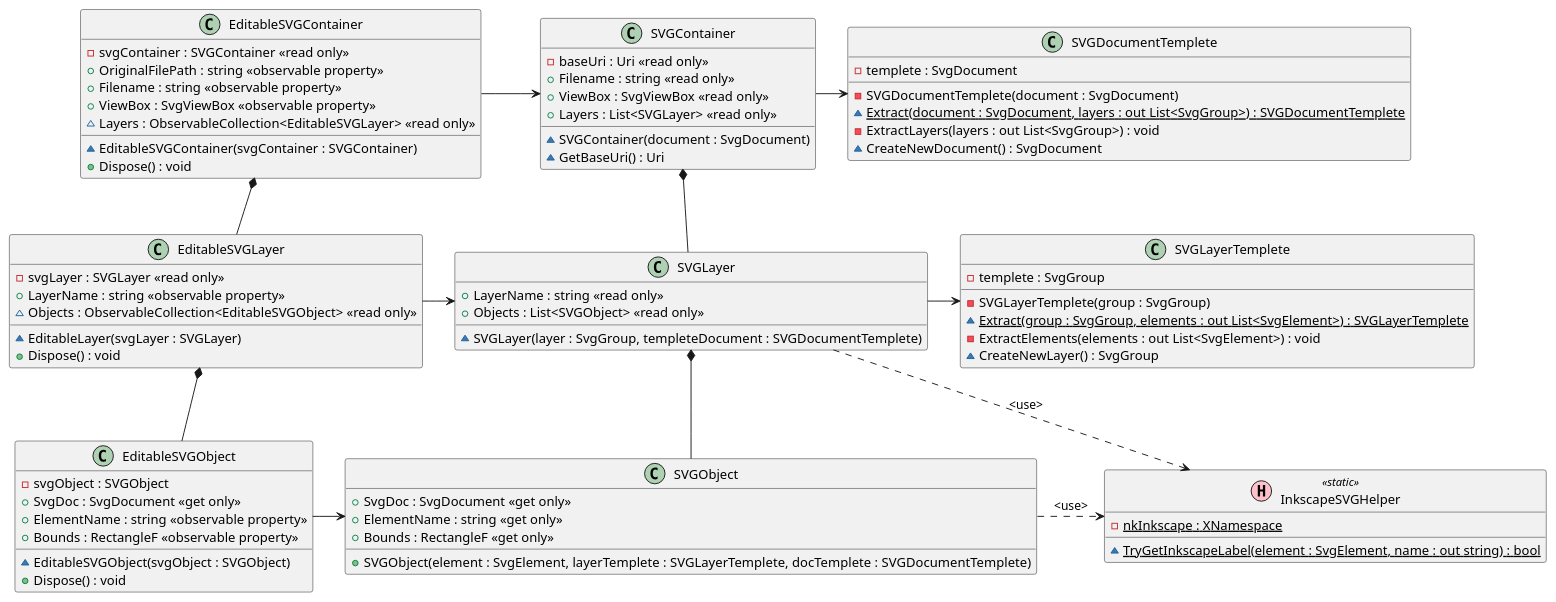
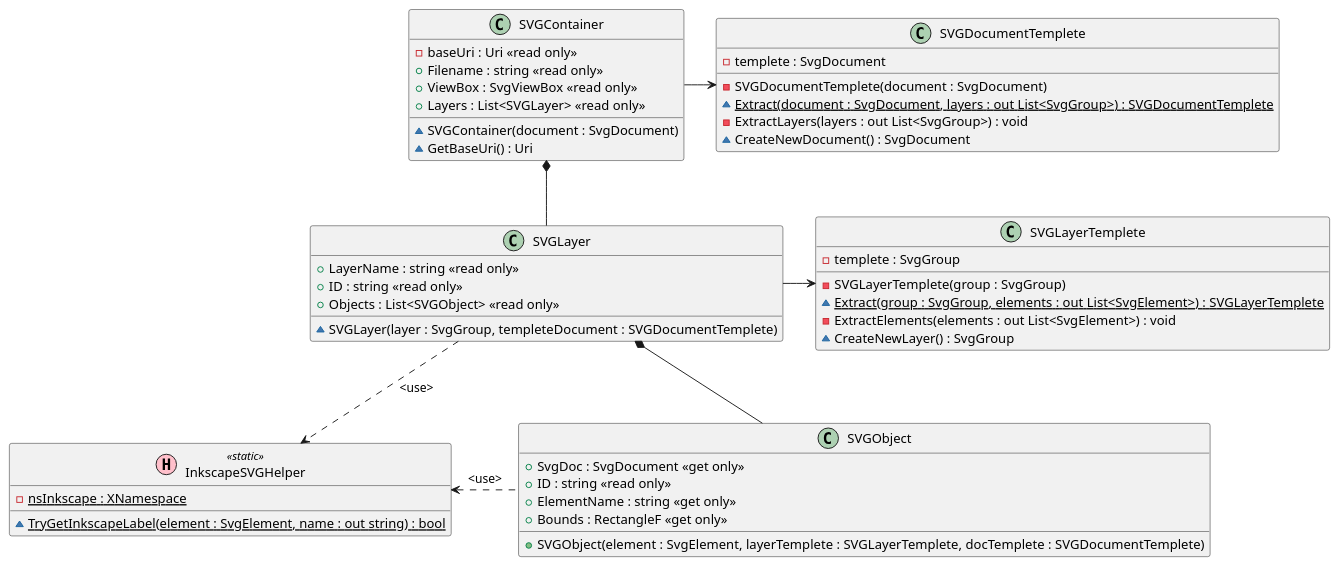
One commit to tatsuya19871219/SVGObjectsDecomposer changed the second of 4 diagrams in uml/SVGObjectsDecomposer.puml. Above: the diagram before and after it, drawn with PlantUML. The commit also changed 6 other files, not shown here.

```diff
--- a/uml/SVGObjectsDecomposer.puml
+++ b/uml/SVGObjectsDecomposer.puml
@@ -75,108 +75,66 @@
-@startuml Models
-
-class EditableSVGContainer
-{
-    - svgContainer : SVGContainer <<read only>>
-    + OriginalFilePath : string <<observable property>>
-    + Filename : string <<observable property>>
-    + ViewBox : SvgViewBox <<observable property>>
-    ~ Layers : ObservableCollection<EditableSVGLayer> <<read only>>
-    ~ EditableSVGContainer(svgContainer : SVGContainer)
-    + Dispose() : void
-    ' + Resize(width : double, height : double) : void
-    ' '+ TrimAll() : void
-    ' + SaveAll() : void
-    ' + GenerateXAMLSample() : void
-}
-
-class EditableSVGLayer
-{
-    - svgLayer : SVGLayer <<read only>>
-    + LayerName : string <<observable property>>
-    ~ Objects : ObservableCollection<EditableSVGObject> <<read only>>
-    ~ EditableLayer(svgLayer : SVGLayer)
-    + Dispose() : void
-}
-
-class EditableSVGObject
-{
-    - svgObject : SVGObject
-    '- trimmed : SVGObject
-    + SvgDoc : SvgDocument <<get only>>
-    + ElementName : string <<observable property>>
-    + Bounds : RectangleF <<observable property>>
-    ~ EditableSVGObject(svgObject : SVGObject)
-    '+ IsTrimmed : bool
-    '+ Trim() : void
-    + Dispose() : void
-}
+@startuml Models.SVGContainer
 
 class SVGContainer
 {
     - baseUri : Uri <<read only>>
     + Filename : string <<read only>>
     + ViewBox : SvgViewBox <<read only>>
     + Layers : List<SVGLayer> <<read only>>
     ~ SVGContainer(document : SvgDocument)
     ~ GetBaseUri() : Uri
 }
 
 class SVGLayer
 {
     + LayerName : string <<read only>>
+    + ID : string <<read only>>
     + Objects : List<SVGObject> <<read only>>
     ~ SVGLayer(layer : SvgGroup, templeteDocument : SVGDocumentTemplete)
 }
 
 class SVGObject
 {
     + SvgDoc : SvgDocument <<get only>>
+    + ID : string <<read only>>
     + ElementName : string <<get only>>
     + Bounds : RectangleF <<get only>>
     + SVGObject(element : SvgElement, layerTemplete : SVGLayerTemplete, docTemplete : SVGDocumentTemplete)
 }
 
 ' factories for SVG document creation
 class SVGDocumentTemplete
 {
     - templete : SvgDocument
     - SVGDocumentTemplete(document : SvgDocument)
     {static} ~ Extract(document : SvgDocument, layers : out List<SvgGroup>) : SVGDocumentTemplete
     - ExtractLayers(layers : out List<SvgGroup>) : void
     ~ CreateNewDocument() : SvgDocument
 }
 
 class SVGLayerTemplete
 {
     - templete : SvgGroup
     - SVGLayerTemplete(group : SvgGroup)
     {static} ~ Extract(group : SvgGroup, elements : out List<SvgElement>) : SVGLayerTemplete
     - ExtractElements(elements : out List<SvgElement>) : void
     ~ CreateNewLayer() : SvgGroup
 }
 
 ' Helper class
 class InkscapeSVGHelper << (H, pink) static >>
 {
-    {static} - nkInkscape : XNamespace
+    {static} - nsInkscape : XNamespace
     {static} ~ TryGetInkscapeLabel(element : SvgElement, name : out string) : bool
 }
 
 ' arrows
-EditableSVGObject -> SVGObject
-EditableSVGLayer -> SVGLayer
-EditableSVGContainer -> SVGContainer
-
 SVGContainer *-down- SVGLayer
 SVGLayer *-down- SVGObject
-
-EditableSVGContainer *-down- EditableSVGLayer
-EditableSVGLayer *-down- EditableSVGObject
 
 SVGContainer -right-> SVGDocumentTemplete
 SVGLayer -right-> SVGLayerTemplete
 
 SVGLayer ..> InkscapeSVGHelper : <use>
-SVGObject .> InkscapeSVGHelper : <use>
+SVGObject .left.> InkscapeSVGHelper : <use>
 
 @enduml
```
